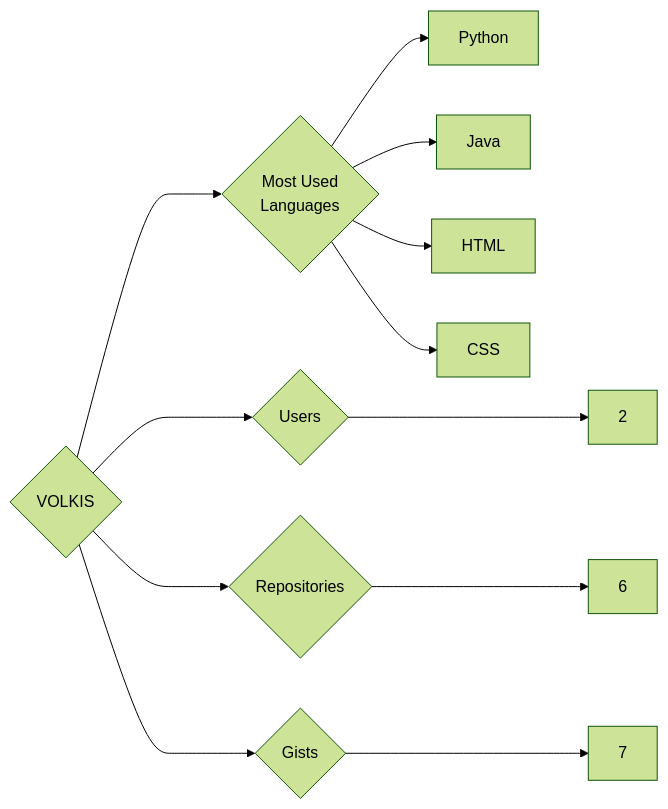
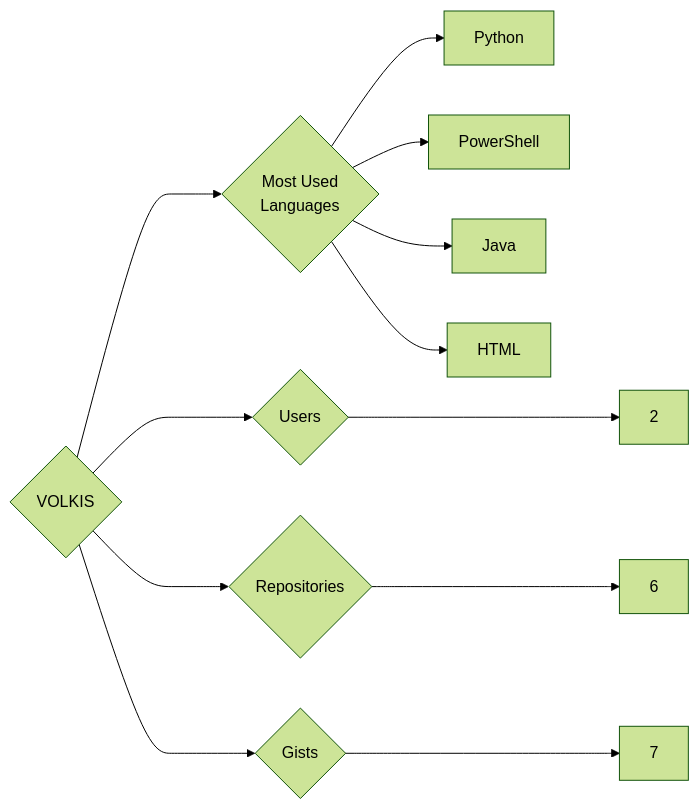
Before and after one commit to trickest/insiders: the diagram in targets/VOLKIS/README.md, drawn with Mermaid (forest theme). The commit also changed 1248 other files, not shown here.

````diff
--- a/targets/VOLKIS/README.md
+++ b/targets/VOLKIS/README.md
@@ -3,12 +3,12 @@
 ```mermaid
 graph LR
 COMPANY_NAME{VOLKIS}
 COMPANY_NAME ---> U{Users} ---> UN[2]
 COMPANY_NAME ---> R{Repositories} ---> RN[6]
 COMPANY_NAME ---> G{Gists} ---> GN[7]
 COMPANY_NAME ---> ML{Most Used<br>Languages}
 ML --> Python[Python]
+ML --> PowerShell[PowerShell]
 ML --> Java[Java]
 ML --> HTML[HTML]
-ML --> CSS[CSS]
 ```
````
